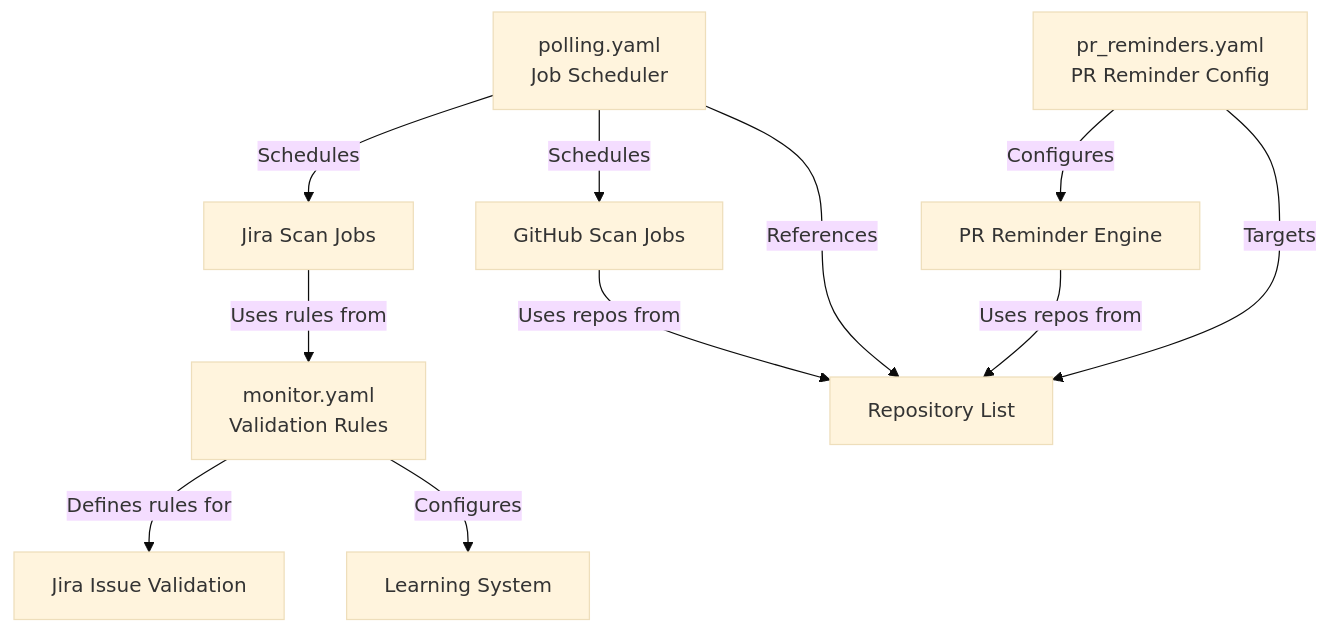
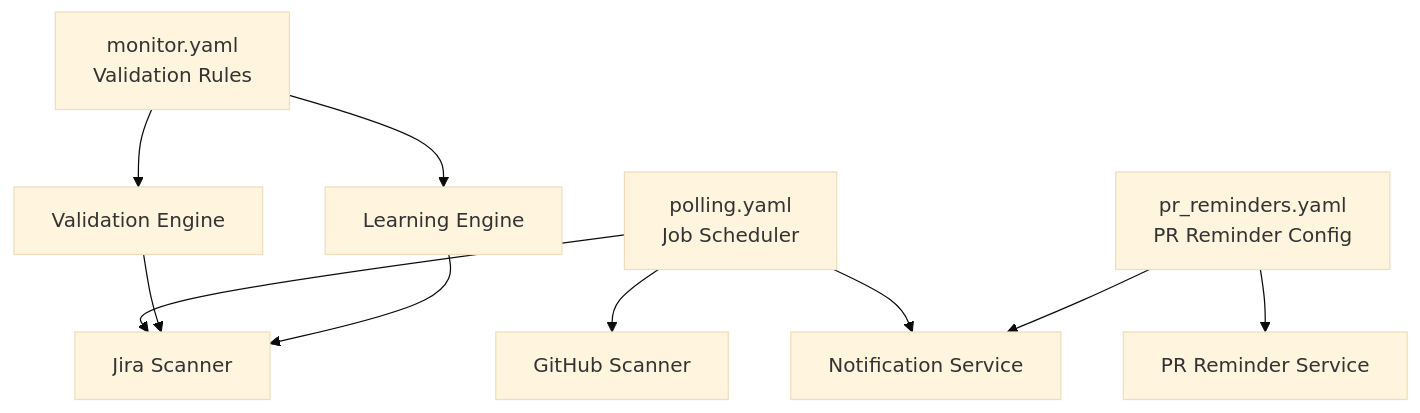
Before and after one commit to jmac-cornelis/agent-workforce: the first of 4 diagrams in agents/drucker/docs/config.md, drawn with Mermaid (base theme). The commit also changed other lines of this file and 7 other files, not shown here.

````diff
--- a/agents/drucker/docs/config.md
+++ b/agents/drucker/docs/config.md
@@ -25,20 +25,19 @@
 ```mermaid
 graph TB
     Monitor[monitor.yaml<br/>Validation Rules]
     Polling[polling.yaml<br/>Job Scheduler]
     PRReminders[pr_reminders.yaml<br/>PR Reminder Config]
     
-    Monitor -->|Defines rules for| JiraValidation[Jira Issue Validation]
-    Monitor -->|Configures| Learning[Learning System]
+    Monitor --> ValidationEngine[Validation Engine]
+    Monitor --> LearningEngine[Learning Engine]
     
-    Polling -->|Schedules| JiraJobs[Jira Scan Jobs]
-    Polling -->|Schedules| GitHubJobs[GitHub Scan Jobs]
-    Polling -->|References| RepoList[Repository List]
+    Polling --> JiraScanner[Jira Scanner]
+    Polling --> GitHubScanner[GitHub Scanner]
+    Polling --> NotificationService[Notification Service]
     
-    PRReminders -->|Configures| ReminderEngine[PR Reminder Engine]
-    PRReminders -->|Targets| RepoList
+    PRReminders --> PRReminderService[PR Reminder Service]
+    PRReminders --> NotificationService
     
-    JiraJobs -->|Uses rules from| Monitor
-    GitHubJobs -->|Uses repos from| RepoList
-    ReminderEngine -->|Uses repos from| RepoList
+    ValidationEngine --> JiraScanner
+    LearningEngine --> JiraScanner
 ```
````
